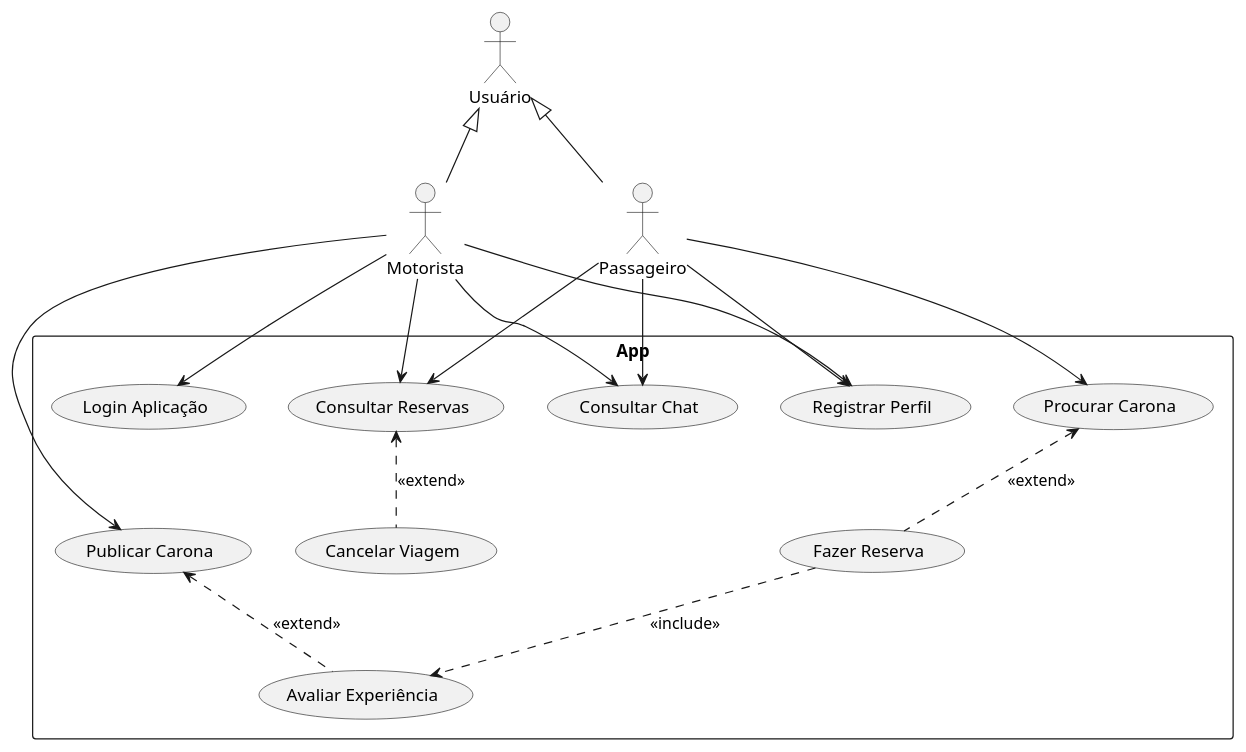
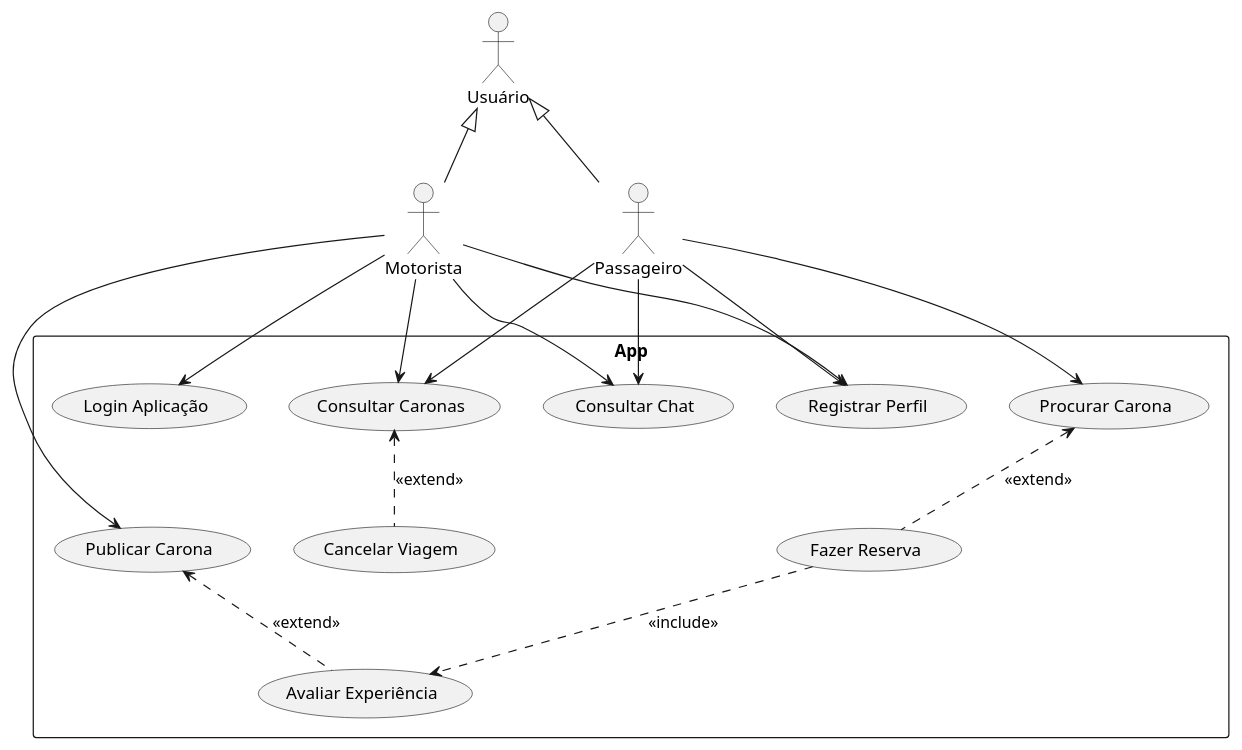
One commit to Pesagniya/FATEC-Ride changed the diagram in docs/usecase/usecases.puml. Above: the diagram before and after it, drawn with PlantUML.

```diff
--- a/docs/usecase/usecases.puml
+++ b/docs/usecase/usecases.puml
@@ -1,44 +1,44 @@
 @startuml
 skinparam packageStyle rectangle
 
 actor Usuário as user
 actor Motorista as driver
 actor Passageiro as passenger
 
 user <|-- driver
 user <|-- passenger
 
 rectangle "App" {
   
     usecase "Publicar Carona" as publicate
     usecase "Fazer Reserva" as interest
     usecase "Avaliar Experiência" as rateExp
     usecase "Procurar Carona" as search
     usecase "Cancelar Viagem" as cancel
     usecase "Registrar Perfil" as register
     usecase "Login Aplicação" as login
     usecase "Consultar Chat" as talk
-    usecase "Consultar Reservas" as consult
+    usecase "Consultar Caronas" as consult
 
 
     search <.. interest  : <<extend>>
     consult <.. cancel  : <<extend>>
     publicate <.. rateExp  : <<extend>>
     interest ..> rateExp  : <<include>>
 
 
     driver --> publicate
     driver --> register
     driver --> login
     driver --> talk
     driver --> consult
 
 
 
     passenger --> register
     passenger --> search
     passenger --> talk
     passenger --> consult
 
 }
 @enduml
```
